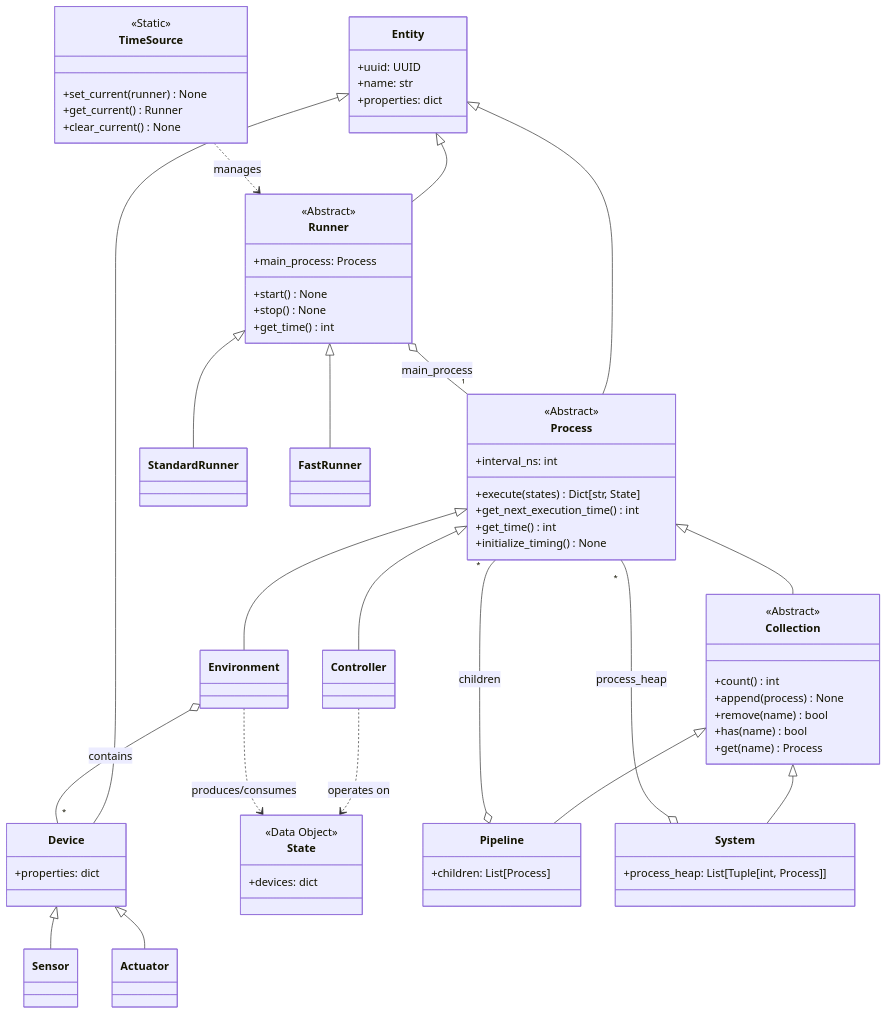
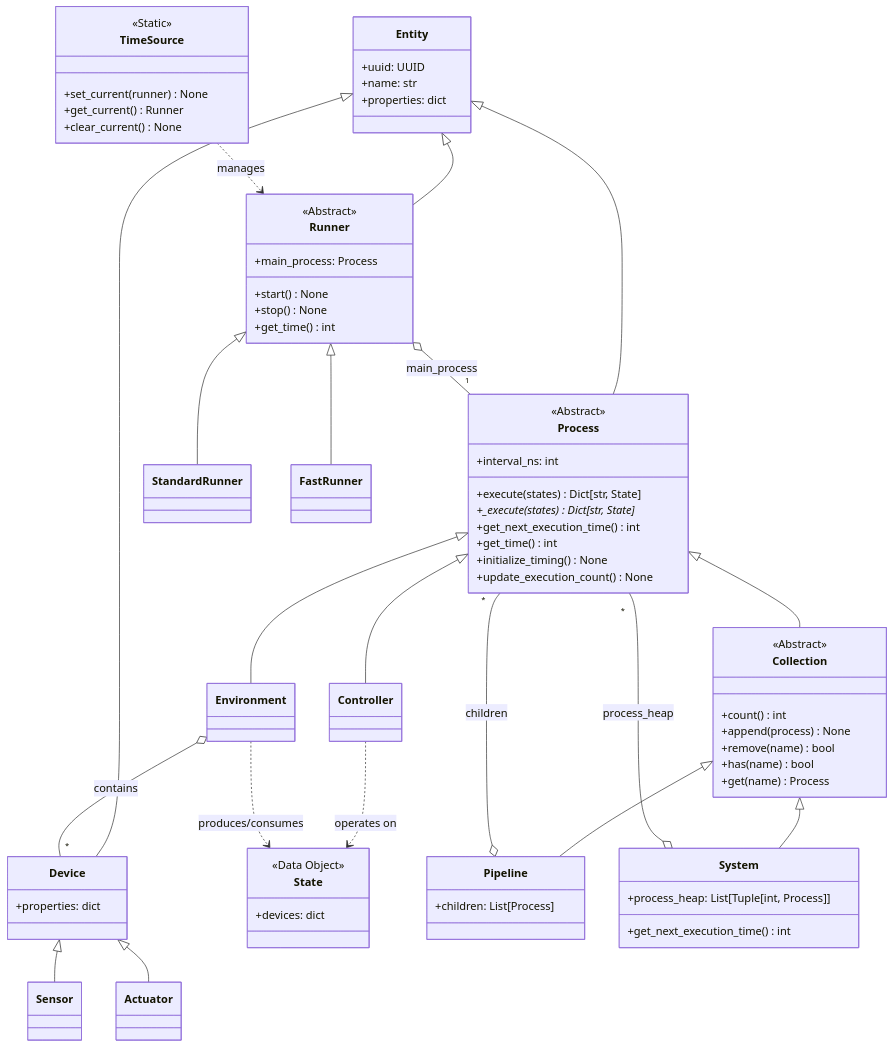
The diagram in doc/architecture.md (johnwbyrd/aifand), drawn with Mermaid before and after one commit. The commit also changed other lines of this file and 4 other files, not shown here.

Commit message:
Update architecture, todos Ignore line counter spew Add a bunch of stress tests

````diff
--- a/doc/architecture.md
+++ b/doc/architecture.md
@@ -99,77 +101,80 @@
 ```mermaid
 classDiagram
     class Entity {
         +uuid: UUID
         +name: str
         +properties: dict
     }
     class Device {
         +properties: dict
     }
     class Sensor
     class Actuator
     class State {
         <<Data Object>>
         +devices: dict
     }
     class Process {
         <<Abstract>>
         +execute(states) Dict[str, State]
+        +_execute(states) Dict[str, State]*
         +interval_ns: int
         +get_next_execution_time() int
         +get_time() int
         +initialize_timing() None
+        +update_execution_count() None
     }
     class Collection {
         <<Abstract>>
         +count() int
         +append(process) None
         +remove(name) bool
         +has(name) bool
         +get(name) Process
     }
     class Controller
     class Environment
     class Pipeline {
         +children: List[Process]
     }
     class System {
         +process_heap: List[Tuple[int, Process]]
+        +get_next_execution_time() int
     }
     class Runner {
         <<Abstract>>
         +main_process: Process
         +start() None
         +stop() None
         +get_time() int
     }
     class StandardRunner
     class FastRunner
     class TimeSource {
         <<Static>>
         +set_current(runner) None
         +get_current() Runner
         +clear_current() None
     }
 
     Entity <|-- Device
     Entity <|-- Process
     Entity <|-- Runner
     Device <|-- Sensor
     Device <|-- Actuator
     Process <|-- Collection
     Process <|-- Controller
     Process <|-- Environment
     Collection <|-- Pipeline
     Collection <|-- System
     Runner <|-- StandardRunner
     Runner <|-- FastRunner
 
     Pipeline o-- "*" Process : children
     System o-- "*" Process : process_heap
     Runner o-- "1" Process : main_process
     Environment o-- "*" Device : contains
     Controller ..> State : operates on
     Environment ..> State : produces/consumes
     TimeSource ..> Runner : manages
 ```
````
